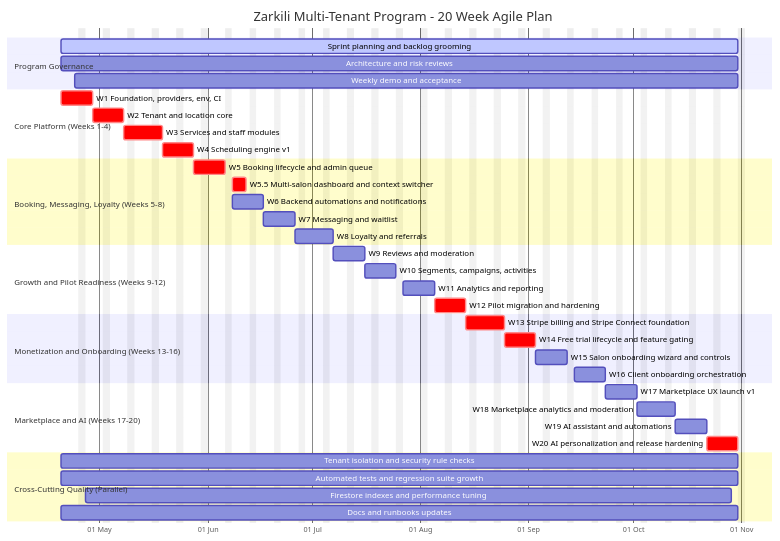
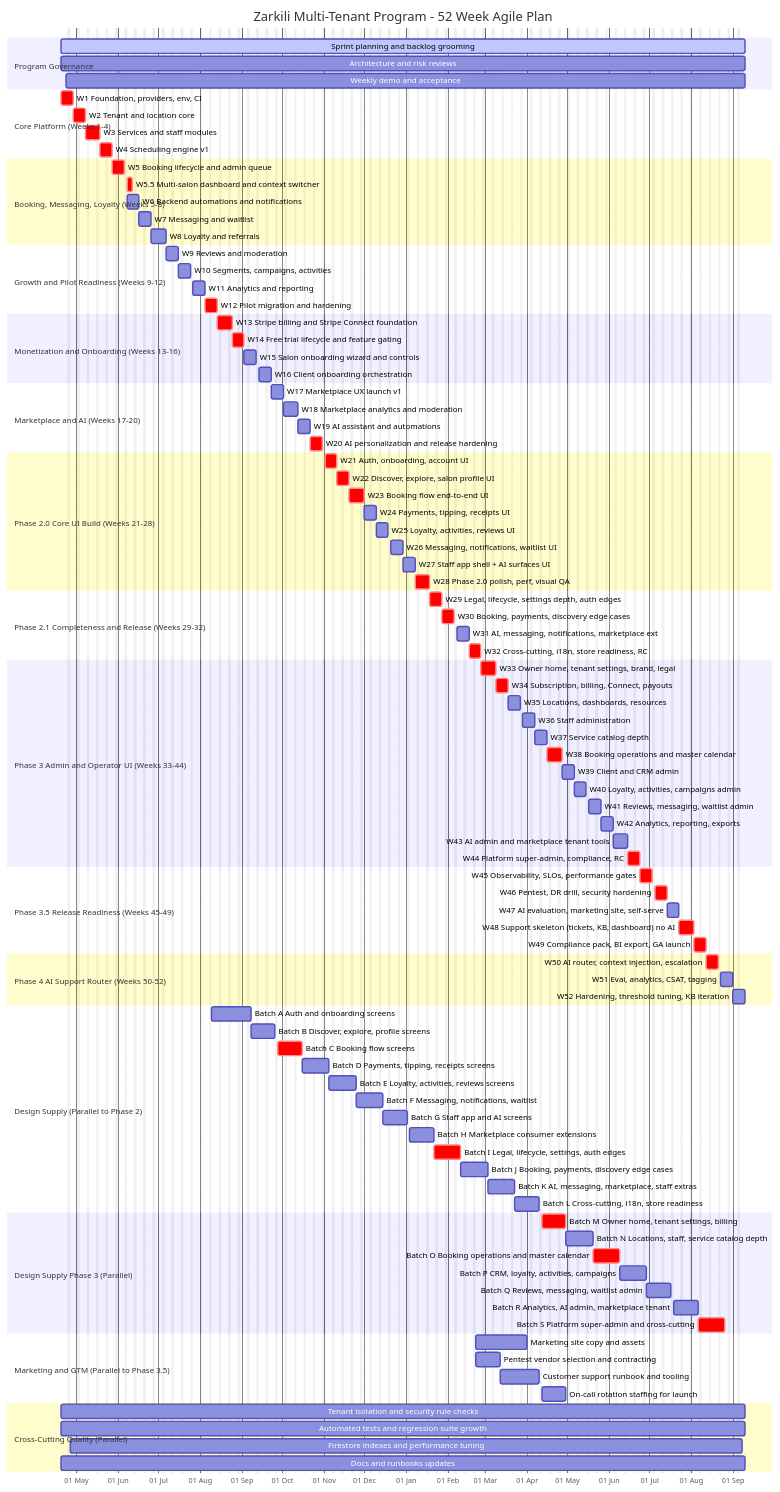
Before and after one commit to andrejrad/Zarkili: the diagram in documentation/PROJECT_GANTT_AGILE_PLAN.md, drawn with Mermaid. The commit also changed other lines of this file and 391 other files, not shown here.

````diff
--- a/documentation/PROJECT_GANTT_AGILE_PLAN.md
+++ b/documentation/PROJECT_GANTT_AGILE_PLAN.md
@@ -14,14 +14,14 @@
 ```mermaid
 gantt
-  title Zarkili Multi-Tenant Program - 20 Week Agile Plan
+  title Zarkili Multi-Tenant Program - 52 Week Agile Plan
   dateFormat  YYYY-MM-DD
   axisFormat  %d %b
   excludes    weekends
 
   section Program Governance
-  Sprint planning and backlog grooming             :active, gov1, 2026-04-20, 140d
-  Architecture and risk reviews                    :gov2, 2026-04-20, 140d
-  Weekly demo and acceptance                       :gov3, 2026-04-24, 136d
+  Sprint planning and backlog grooming             :active, gov1, 2026-04-20, 364d
+  Architecture and risk reviews                    :gov2, 2026-04-20, 364d
+  Weekly demo and acceptance                       :gov3, 2026-04-24, 360d
 
   section Core Platform (Weeks 1-4)
   W1 Foundation, providers, env, CI                :crit, core1, 2026-04-20, 7d
@@ -54,9 +54,80 @@
   W19 AI assistant and automations                  :ai1, after mkt2, 7d
   W20 AI personalization and release hardening      :crit, ai2, after ai1, 7d
 
+  section Phase 2.0 Core UI Build (Weeks 21-28)
+  W21 Auth, onboarding, account UI                  :crit, ui1, after ai2, 7d
+  W22 Discover, explore, salon profile UI           :crit, ui2, after ui1, 7d
+  W23 Booking flow end-to-end UI                    :crit, ui3, after ui2, 7d
+  W24 Payments, tipping, receipts UI                :ui4, after ui3, 7d
+  W25 Loyalty, activities, reviews UI               :ui5, after ui4, 7d
+  W26 Messaging, notifications, waitlist UI         :ui6, after ui5, 7d
+  W27 Staff app shell + AI surfaces UI              :ui7, after ui6, 7d
+  W28 Phase 2.0 polish, perf, visual QA             :crit, ui8, after ui7, 7d
+
+  section Phase 2.1 Completeness and Release (Weeks 29-32)
+  W29 Legal, lifecycle, settings depth, auth edges  :crit, ui9, after ui8, 7d
+  W30 Booking, payments, discovery edge cases       :crit, ui10, after ui9, 7d
+  W31 AI, messaging, notifications, marketplace ext :ui11, after ui10, 7d
+  W32 Cross-cutting, i18n, store readiness, RC      :crit, ui12, after ui11, 7d
+
+  section Phase 3 Admin and Operator UI (Weeks 33-44)
+  W33 Owner home, tenant settings, brand, legal     :crit, adm1, after ui12, 7d
+  W34 Subscription, billing, Connect, payouts       :crit, adm2, after adm1, 7d
+  W35 Locations, dashboards, resources              :adm3, after adm2, 7d
+  W36 Staff administration                          :adm4, after adm3, 7d
+  W37 Service catalog depth                         :adm5, after adm4, 7d
+  W38 Booking operations and master calendar        :crit, adm6, after adm5, 7d
+  W39 Client and CRM admin                          :adm7, after adm6, 7d
+  W40 Loyalty, activities, campaigns admin          :adm8, after adm7, 7d
+  W41 Reviews, messaging, waitlist admin            :adm9, after adm8, 7d
+  W42 Analytics, reporting, exports                 :adm10, after adm9, 7d
+  W43 AI admin and marketplace tenant tools         :adm11, after adm10, 7d
+  W44 Platform super-admin, compliance, RC          :crit, adm12, after adm11, 7d
+
+  section Phase 3.5 Release Readiness (Weeks 45-49)
+  W45 Observability, SLOs, performance gates        :crit, rr1, after adm12, 7d
+  W46 Pentest, DR drill, security hardening         :crit, rr2, after rr1, 7d
+  W47 AI evaluation, marketing site, self-serve     :rr3, after rr2, 7d
+  W48 Support skeleton (tickets, KB, dashboard) no AI :crit, rr4, after rr3, 7d
+  W49 Compliance pack, BI export, GA launch         :crit, rr5, after rr4, 7d
+
+  section Phase 4 AI Support Router (Weeks 50-52)
+  W50 AI router, context injection, escalation      :crit, p4w1, after rr5, 7d
+  W51 Eval, analytics, CSAT, tagging                :p4w2, after p4w1, 7d
+  W52 Hardening, threshold tuning, KB iteration     :p4w3, after p4w2, 7d
+
+  section Design Supply (Parallel to Phase 2)
+  Batch A Auth and onboarding screens               :des1, 2026-08-10, 21d
+  Batch B Discover, explore, profile screens        :des2, after des1, 14d
+  Batch C Booking flow screens                      :crit, des3, after des2, 14d
+  Batch D Payments, tipping, receipts screens       :des4, after des3, 14d
+  Batch E Loyalty, activities, reviews screens      :des5, after des4, 14d
+  Batch F Messaging, notifications, waitlist        :des6, after des5, 14d
+  Batch G Staff app and AI screens                  :des7, after des6, 14d
+  Batch H Marketplace consumer extensions           :des8, after des7, 14d
+  Batch I Legal, lifecycle, settings, auth edges    :crit, des9, after des8, 14d
+  Batch J Booking, payments, discovery edge cases   :des10, after des9, 14d
+  Batch K AI, messaging, marketplace, staff extras  :des11, after des10, 14d
+  Batch L Cross-cutting, i18n, store readiness      :des12, after des11, 14d
+
+  section Design Supply Phase 3 (Parallel)
+  Batch M Owner home, tenant settings, billing      :crit, des13, after des12, 14d
+  Batch N Locations, staff, service catalog depth   :des14, after des13, 14d
+  Batch O Booking operations and master calendar    :crit, des15, after des14, 14d
+  Batch P CRM, loyalty, activities, campaigns       :des16, after des15, 14d
+  Batch Q Reviews, messaging, waitlist admin        :des17, after des16, 14d
+  Batch R Analytics, AI admin, marketplace tenant   :des18, after des17, 14d
+  Batch S Platform super-admin and cross-cutting    :crit, des19, after des18, 14d
+
+  section Marketing and GTM (Parallel to Phase 3.5)
+  Marketing site copy and assets                    :gtm1, 2027-02-22, 28d
+  Pentest vendor selection and contracting          :gtm2, 2027-02-22, 14d
+  Customer support runbook and tooling              :gtm3, after gtm2, 21d
+  On-call rotation staffing for launch              :gtm4, after gtm3, 14d
+
   section Cross-Cutting Quality (Parallel)
-  Tenant isolation and security rule checks         :qc1, 2026-04-20, 140d
-  Automated tests and regression suite growth       :qc2, 2026-04-20, 140d
-  Firestore indexes and performance tuning          :qc3, 2026-04-27, 133d
-  Docs and runbooks updates                         :qc4, 2026-04-20, 140d
+  Tenant isolation and security rule checks         :qc1, 2026-04-20, 364d
+  Automated tests and regression suite growth       :qc2, 2026-04-20, 364d
+  Firestore indexes and performance tuning          :qc3, 2026-04-27, 357d
+  Docs and runbooks updates                         :qc4, 2026-04-20, 364d
 ```
````
